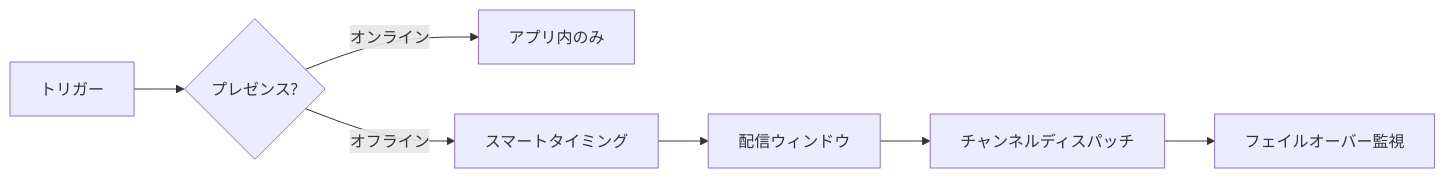
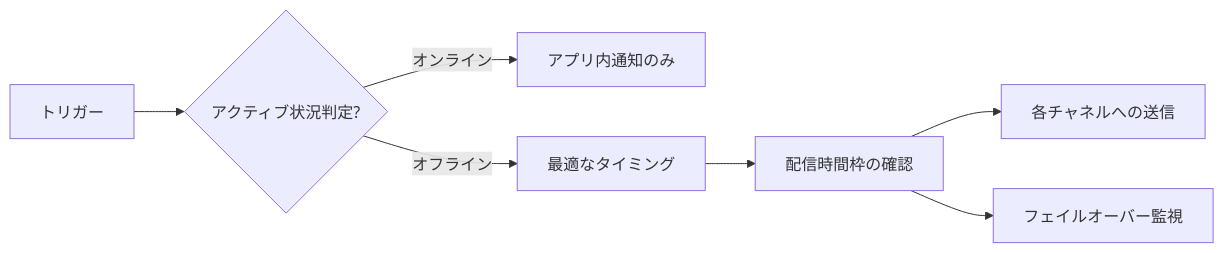
One commit to KriyanshKhunt/nexus_docs changed the diagram in content/docs/ja/platform/features/index.mdx. Above: the diagram before and after it, drawn with Mermaid. The commit also changed other lines of this file and 27 other files, not shown here.

````diff
--- a/content/docs/ja/platform/features/index.mdx
+++ b/content/docs/ja/platform/features/index.mdx
@@ -32,9 +166,9 @@
 ```mermaid
 flowchart LR
-  T[トリガー] --> P{プレゼンス?}
-  P -->|オンライン| I[アプリ内のみ]
-  P -->|オフライン| S[スマートタイミング]
-  S --> W[配信ウィンドウ]
-  W --> C[チャンネルディスパッチ]
-  C --> F[フェイルオーバー監視]
+  T[トリガー] --> P{アクティブ状況判定?}
+  P -->|オンライン| I[アプリ内通知のみ]
+  P -->|オフライン| S[最適なタイミング]
+  S --> W[配信時間枠の確認]
+  W --> C[各チャネルへの送信]
+  W --> F[フェイルオーバー監視]
 ```
````
